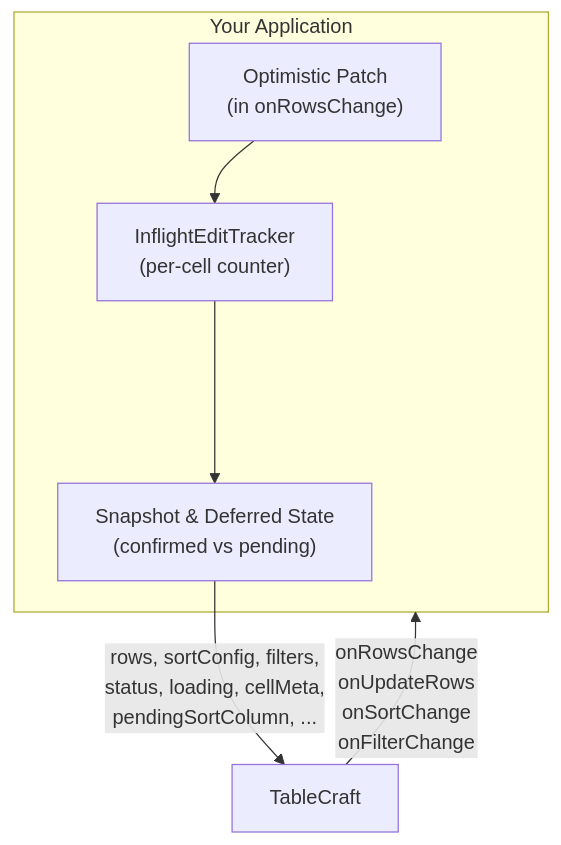
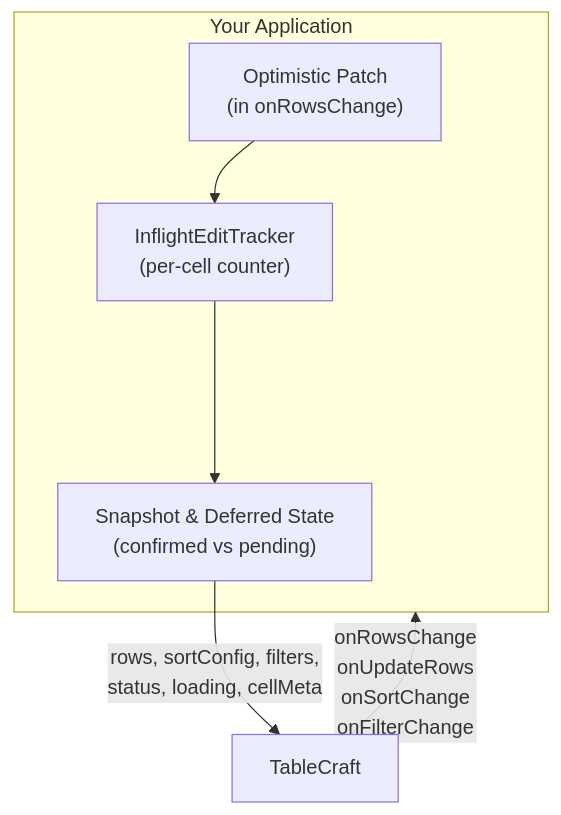
One commit to SebastianBaltes/customtable changed the third of 3 diagrams in README.md. Above: the diagram before and after it, drawn with Mermaid. The commit also changed other lines of this file, not shown here.

Commit message:
Update README: rename to react-tablecraft/TableCraft, add missing features (colSelection, enableSearchReplace, headerTitle, context menu items)

````diff
--- a/README.md
+++ b/README.md
@@ -1297,13 +654,12 @@
 ```mermaid
 flowchart TB
   subgraph app["Your Application"]
     OP["Optimistic Patch\n(in onRowsChange)"]
     IT["InflightEditTracker\n(per-cell counter)"]
     SS["Snapshot & Deferred State\n(confirmed vs pending)"]
     OP --> IT --> SS
   end
 
-  SS -->|"rows, sortConfig, filters,\nstatus, loading, cellMeta,\npendingSortColumn, ..."| CT["TableCraft"]
-
+  SS -->|"rows, sortConfig, filters,\nstatus, loading, cellMeta"| CT["TableCraft"]
   CT -->|"onRowsChange\nonUpdateRows\nonSortChange\nonFilterChange"| app
 ```
````
